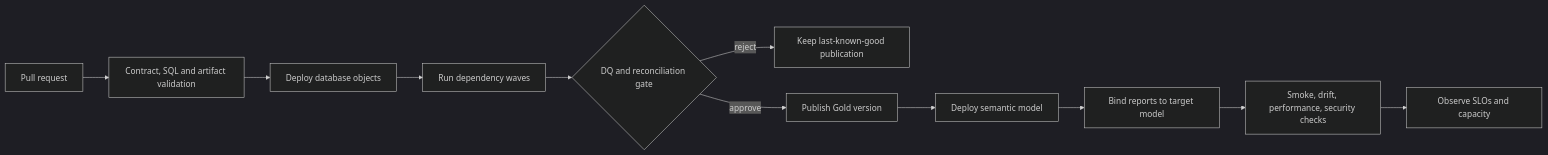
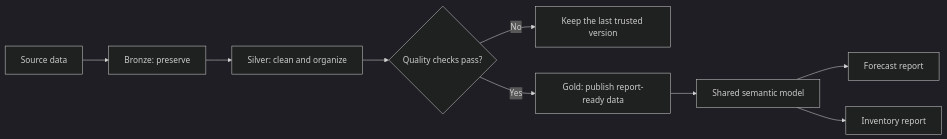
Before and after one commit to vothai17072002/fabric-medallion-supply-chain-platform: the diagram in README.md, drawn with Mermaid (dark theme). The commit also changed other lines of this file, not shown here.

````diff
--- a/README.md
+++ b/README.md
@@ -143,13 +17,11 @@
 ```mermaid
 flowchart LR
-    PR[Pull request] --> CI[Contract, SQL and artifact validation]
-    CI --> DB[Deploy database objects]
-    DB --> ORCH[Run dependency waves]
-    ORCH --> GATE{DQ and reconciliation gate}
-    GATE -->|reject| LKG[Keep last-known-good publication]
-    GATE -->|approve| PUB[Publish Gold version]
-    PUB --> MODEL[Deploy semantic model]
-    MODEL --> BIND[Bind reports to target model]
-    BIND --> PROVE[Smoke, drift, performance, security checks]
-    PROVE --> OBS[Observe SLOs and capacity]
+    A[Source data] --> B[Bronze: preserve]
+    B --> C[Silver: clean and organize]
+    C --> D{Quality checks pass?}
+    D -->|No| E[Keep the last trusted version]
+    D -->|Yes| F[Gold: publish report-ready data]
+    F --> G[Shared semantic model]
+    G --> H[Forecast report]
+    G --> I[Inventory report]
 ```
````
